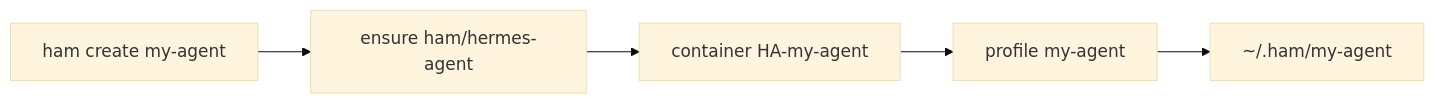
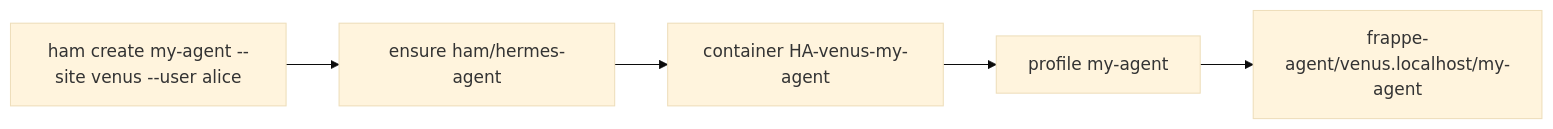
Before and after one commit to UpGoTech/hermes-agent-manager: the diagram in specs/001-install-agent.md, drawn with Mermaid (base theme). The commit also changed other lines of this file and 47 other files, not shown here.

First line of the commit message:
feat: ship ham v1.0.0 with FM site bridge and OpsAi gateway

````diff
--- a/specs/001-install-agent.md
+++ b/specs/001-install-agent.md
@@ -47,7 +56,7 @@
 ```mermaid
 flowchart LR
-  cli["ham create my-agent"] --> ensure["ensure ham/hermes-agent"]
-  ensure --> run["container HA-my-agent"]
+  cli["ham create my-agent --site venus --user alice"] --> ensure["ensure ham/hermes-agent"]
+  ensure --> run["container HA-venus-my-agent"]
   run --> profile["profile my-agent"]
-  profile --> data["~/.ham/my-agent"]
+  profile --> data["frappe-agent/venus.localhost/my-agent"]
 ```
````
